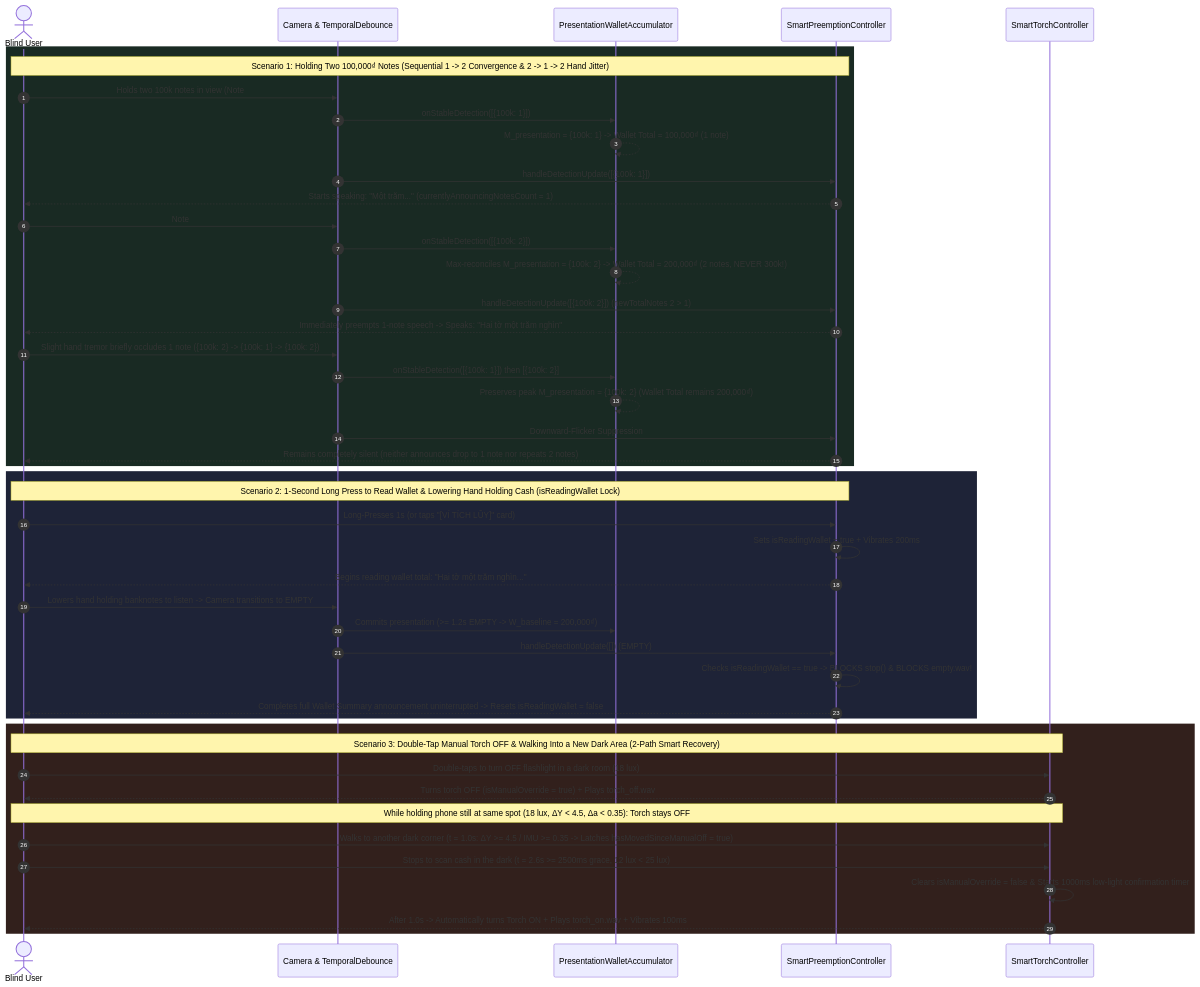
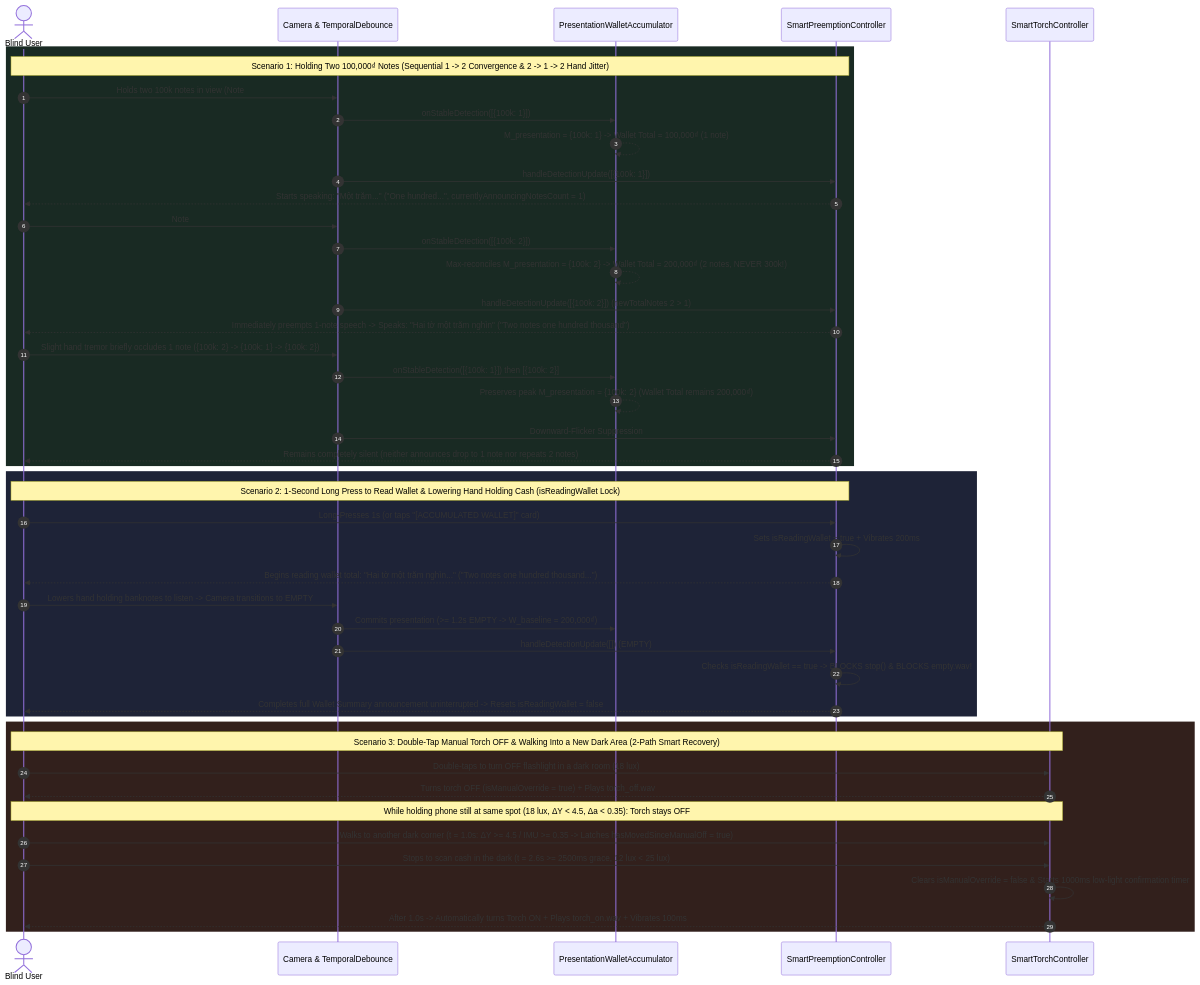
Before and after one commit to hezioquan12/vietnamese-money-vision: the seventh of 7 diagrams in docs/BLIND_FIRST_UI_UX_SPECIFICATION.en.md, drawn with Mermaid. The commit also changed other lines of this file and 1 other file, not shown here.

Commit message:
docs(en): complete English translation of diagrams, tables, and UI button references

````diff
--- a/docs/BLIND_FIRST_UI_UX_SPECIFICATION.en.md
+++ b/docs/BLIND_FIRST_UI_UX_SPECIFICATION.en.md
@@ -289,51 +289,51 @@
 ```mermaid
 sequenceDiagram
     autonumber
     actor User as Blind User
     participant Cam as Camera & TemporalDebounce
     participant Wallet as PresentationWalletAccumulator
     participant Audio as SmartPreemptionController
     participant Torch as SmartTorchController
 
     rect rgb(25, 42, 35)
     Note over User,Audio: Scenario 1: Holding Two 100,000₫ Notes (Sequential 1 -> 2 Convergence & 2 -> 1 -> 2 Hand Jitter)
     User->>Cam: Holds two 100k notes in view (Note #1 converges first at t = 0.5s)
     Cam->>Wallet: onStableDetection([{100k: 1}])
     Wallet-->>Wallet: M_presentation = {100k: 1} -> Wallet Total = 100,000₫ (1 note)
     Cam->>Audio: handleDetectionUpdate([{100k: 1}])
-    Audio-->>User: Starts speaking: "Một trăm..." (currentlyAnnouncingNotesCount = 1)
+    Audio-->>User: Starts speaking: "Một trăm..." ("One hundred...", currentlyAnnouncingNotesCount = 1)
     User->>Cam: Note #2 enters crisp focus (t = 0.8s, while 1-note speech is still mid-sentence)
     Cam->>Wallet: onStableDetection([{100k: 2}])
     Wallet-->>Wallet: Max-reconciles M_presentation = {100k: 2} -> Wallet Total = 200,000₫ (2 notes, NEVER 300k!)
     Cam->>Audio: handleDetectionUpdate([{100k: 2}]) (newTotalNotes 2 > 1)
-    Audio-->>User: Immediately preempts 1-note speech -> Speaks: "Hai tờ một trăm nghìn"
+    Audio-->>User: Immediately preempts 1-note speech -> Speaks: "Hai tờ một trăm nghìn" ("Two notes one hundred thousand")
     User->>Cam: Slight hand tremor briefly occludes 1 note ({100k: 2} -> {100k: 1} -> {100k: 2})
     Cam->>Wallet: onStableDetection([{100k: 1}]) then [{100k: 2}]
     Wallet-->>Wallet: Preserves peak M_presentation = {100k: 2} (Wallet Total remains 200,000₫)
     Cam->>Audio: Downward-Flicker Suppression
     Audio-->>User: Remains completely silent (neither announces drop to 1 note nor repeats 2 notes)
     end
 
     rect rgb(30, 35, 55)
     Note over User,Audio: Scenario 2: 1-Second Long Press to Read Wallet & Lowering Hand Holding Cash (isReadingWallet Lock)
-    User->>Audio: Long-Presses 1s (or taps "[VÍ TÍCH LŨY]" card)
+    User->>Audio: Long-Presses 1s (or taps "[ACCUMULATED WALLET]" card)
     Audio->>Audio: Sets isReadingWallet = true + Vibrates 200ms
-    Audio-->>User: Begins reading wallet total: "Hai tờ một trăm nghìn..."
+    Audio-->>User: Begins reading wallet total: "Hai tờ một trăm nghìn..." ("Two notes one hundred thousand...")
     User->>Cam: Lowers hand holding banknotes to listen -> Camera transitions to EMPTY
     Cam->>Wallet: Commits presentation (>= 1.2s EMPTY -> W_baseline = 200,000₫)
     Cam->>Audio: handleDetectionUpdate([]) (EMPTY)
     Audio->>Audio: Checks isReadingWallet == true -> BLOCKS stop() & BLOCKS empty.wav!
     Audio-->>User: Completes full Wallet Summary announcement uninterrupted -> Resets isReadingWallet = false
     end
 
     rect rgb(50, 32, 28)
     Note over User,Torch: Scenario 3: Double-Tap Manual Torch OFF & Walking Into a New Dark Area (2-Path Smart Recovery)
     User->>Torch: Double-taps to turn OFF flashlight in a dark room (18 lux)
     Torch-->>User: Turns torch OFF (isManualOverride = true) + Plays torch_off.wav
     Note over User,Torch: While holding phone still at same spot (18 lux, ΔY < 4.5, Δa < 0.35): Torch stays OFF
     User->>Torch: Walks to another dark corner (t = 1.0s: ΔY >= 4.5 / IMU >= 0.35 -> Latches hasMovedSinceManualOff = true)
     User->>Torch: Stops to scan cash in the dark (t = 2.6s >= 2500ms grace, 12 lux < 25 lux)
     Torch->>Torch: Clears isManualOverride = false & Starts 1000ms low-light confirmation timer
     Torch-->>User: After 1.0s -> Automatically turns Torch ON + Plays torch_on.wav + Vibrates 100ms
     end
 ```
````
